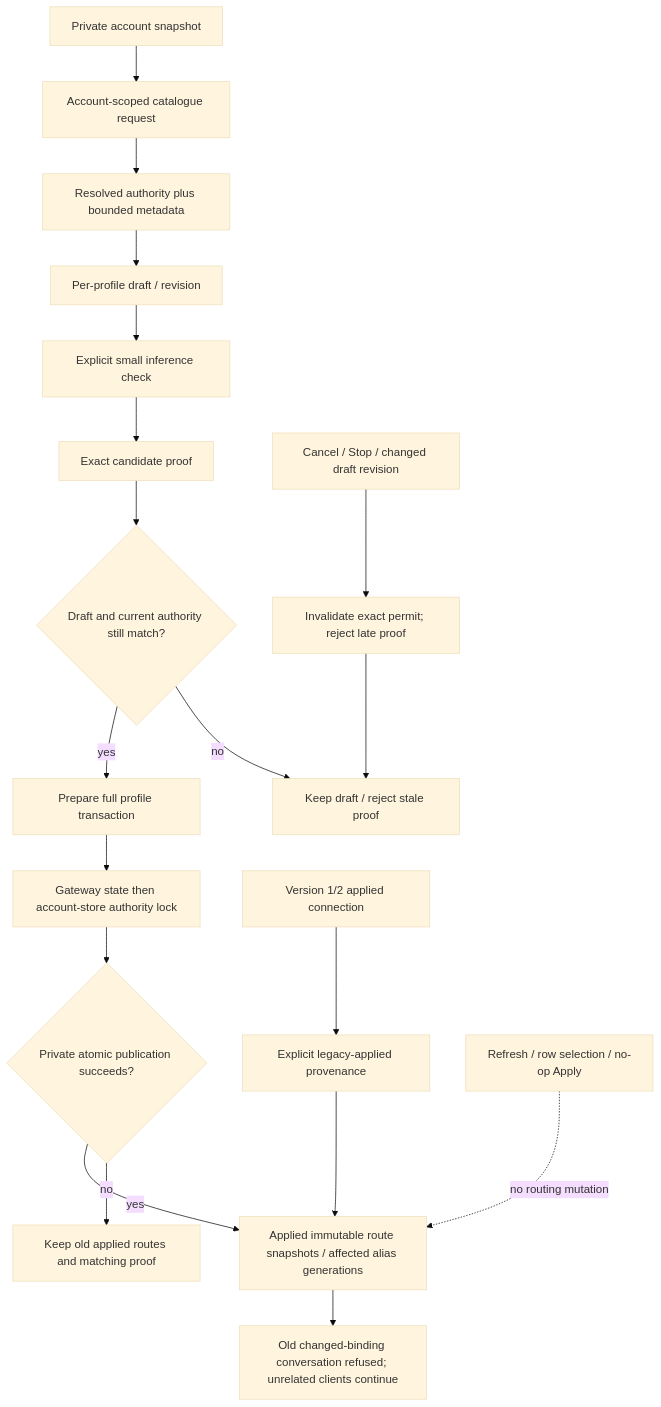
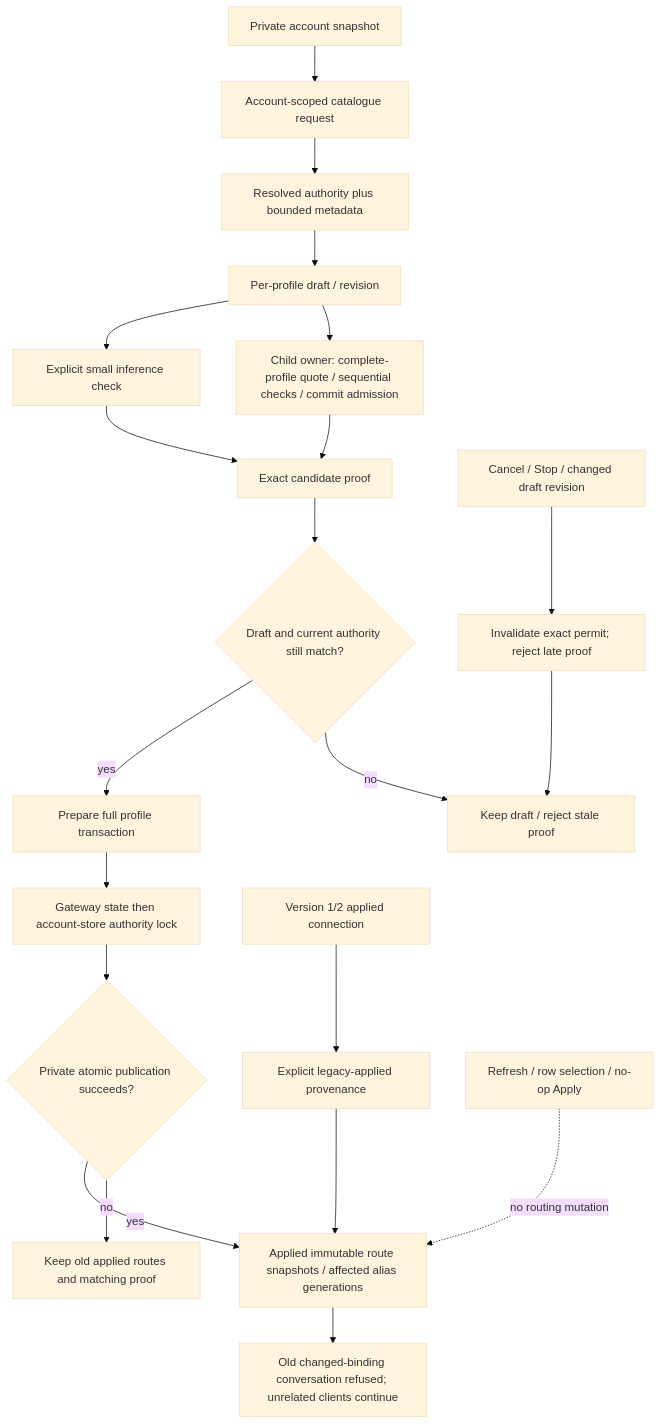
One commit to partnernetsoftware/minicon changed the diagram in prd/PRD_02_31_01_02_01_connection_selection.md. Above: the diagram before and after it, drawn with Mermaid (base theme). The commit also changed other lines of this file and 18 other files, not shown here.

````diff
--- a/prd/PRD_02_31_01_02_01_connection_selection.md
+++ b/prd/PRD_02_31_01_02_01_connection_selection.md
@@ -51,21 +55,23 @@
 ```mermaid
 flowchart TD
     A[Private account snapshot] --> C[Account-scoped catalogue request]
     C --> R[Resolved authority plus bounded metadata]
     R --> D[Per-profile draft / revision]
     D --> V[Explicit small inference check]
+    D --> B[Child owner: complete-profile quote / sequential checks / commit admission]
+    B --> P
     V --> P[Exact candidate proof]
     P --> G{Draft and current authority still match?}
     STOP[Cancel / Stop / changed draft revision] --> INVALID[Invalidate exact permit; reject late proof]
     INVALID --> KEEP
     G -->|yes| T[Prepare full profile transaction]
     G -->|no| KEEP[Keep draft / reject stale proof]
     T --> LOCK[Gateway state then account-store authority lock]
     LOCK --> SAVE{Private atomic publication succeeds?}
     SAVE -->|yes| LIVE[Applied immutable route snapshots / affected alias generations]
     SAVE -->|no| RETRY[Keep old applied routes and matching proof]
     OLD[Version 1/2 applied connection] --> LEG[Explicit legacy-applied provenance]
     LEG --> LIVE
     META[Refresh / row selection / no-op Apply] -. no routing mutation .-> LIVE
     LIVE --> PIN[Old changed-binding conversation refused; unrelated clients continue]
 ```
````
